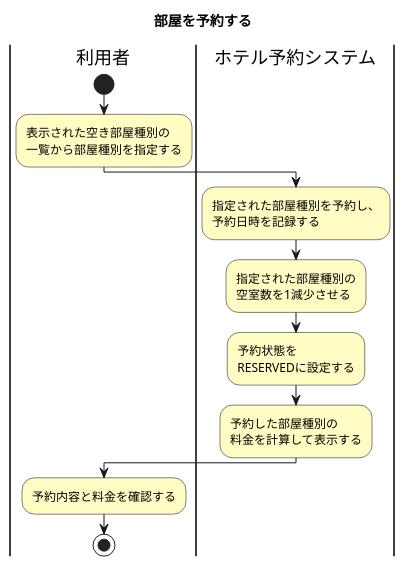
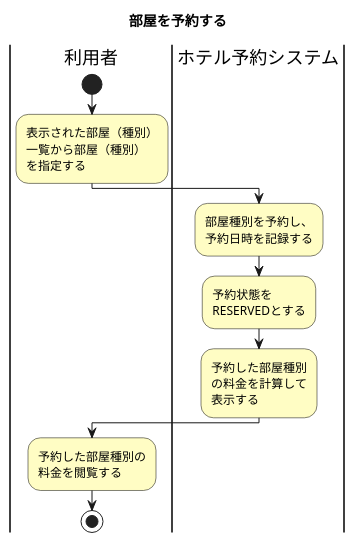
One commit to SMatsuda3/hrs-team-project changed the diagram in diagrams/activ_reserve_room.puml. Above: the diagram before and after it, drawn with PlantUML. The commit also changed 5 other files, not shown here.

Commit message:
update activity diagram

```diff
--- a/diagrams/activ_reserve_room.puml
+++ b/diagrams/activ_reserve_room.puml
@@ -1,64 +1,47 @@
 @startuml
 
 /'
 ユースケース：部屋を予約する
-
-アクタ：
-利用者
-
-目的：
-アクタが希望する種別および日程のホテルの部屋種別を予約する。
-
-事前条件：
-アクタが希望する日程とホテルについて、
-予約可能な空き部屋種別が提示されている。
-
-事後条件：
-・指定した部屋種別の空室数が1減少している。
-・予約日時が記録されている。
-・予約状態が RESERVED になっている。
-
-基本系列：
-1. アクタはシステム上で部屋種別を指定する。
-
-2. システムは指定された部屋種別を予約し、
-   予約日時を記録する。
-   また、指定された部屋種別の空室数を1減らし、
-   予約状態を RESERVED に設定する。
-
-3. システムはアクタに予約した部屋種別の料金を表示する。
+アクタ：利用者
+目的：アクタが希望する種別と日程のホテルの部屋(種別)を予約する
+事前条件：アクタが希望する日程とホテルの空き部屋(種別)が提示されている
+事後条件：アクタが指定した種別の空室数が1減少している
+　　　　　予約日時が記録されている
+　　　　　予約状態をRESERVEDとする
+基本系列
+-1. アクタはシステム上で部屋(種別)を指定する
+-2. システムは指定された部屋種別を予約し、予約日時を記録する。また予約状態をRESERVEDとする
+-3. システムはアクタに対して予約された部屋種別の料金を示す
+-4. アクタは表示された予約情報を確認する
 '/
 
 title 部屋を予約する
 
 skinparam shadowing false
-
 skinparam activity {
   BackgroundColor #FFFDC4
   BorderColor Black
   FontColor Black
 }
 
 |利用者|
 
 start
 
-:表示された空き部屋種別の\n一覧から部屋種別を指定する;
+:表示された部屋（種別）\n一覧から部屋（種別）\nを指定する;
 
 |ホテル予約システム|
 
-:指定された部屋種別を予約し、\n予約日時を記録する;
+:部屋種別を予約し、\n予約日時を記録する;
 
-:指定された部屋種別の\n空室数を1減少させる;
+:予約状態を\nRESERVEDとする;
 
-:予約状態を\nRESERVEDに設定する;
-
-:予約した部屋種別の\n料金を計算して表示する;
+:予約した部屋種別\nの料金を計算して\n表示する;
 
 |利用者|
 
-:予約内容と料金を確認する;
+:予約した部屋種別の\n料金を閲覧する;
 
 stop
 
 @enduml
```
